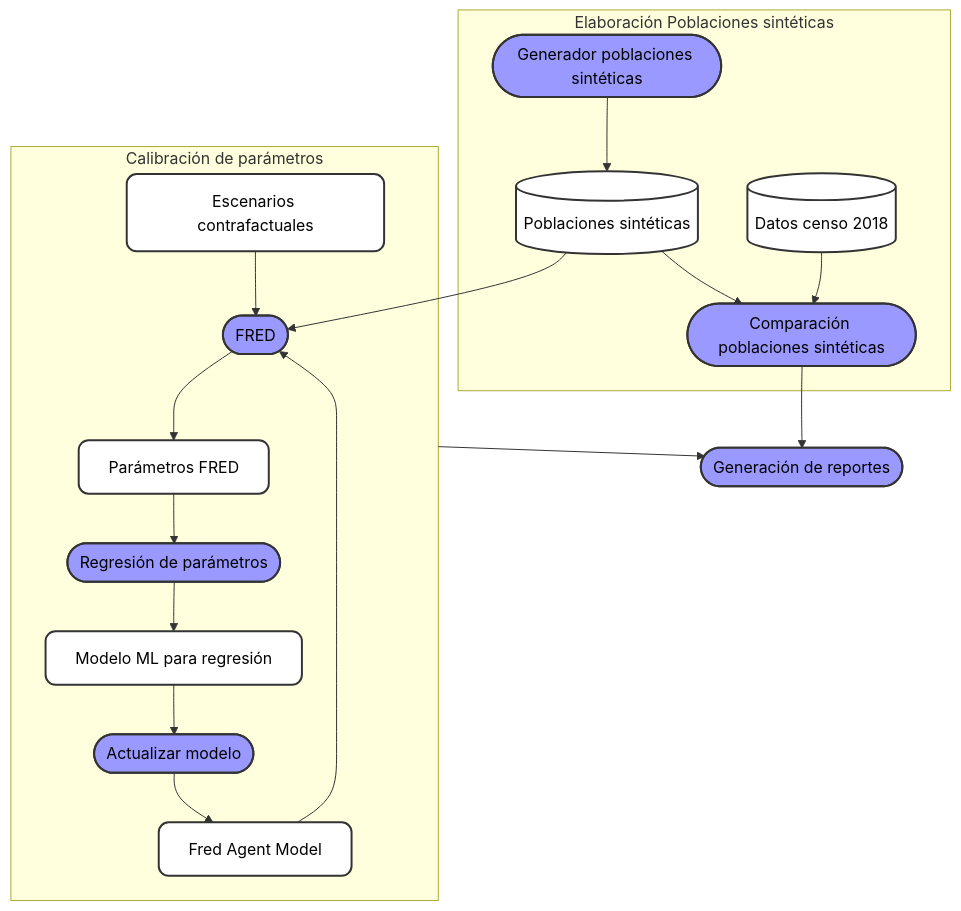
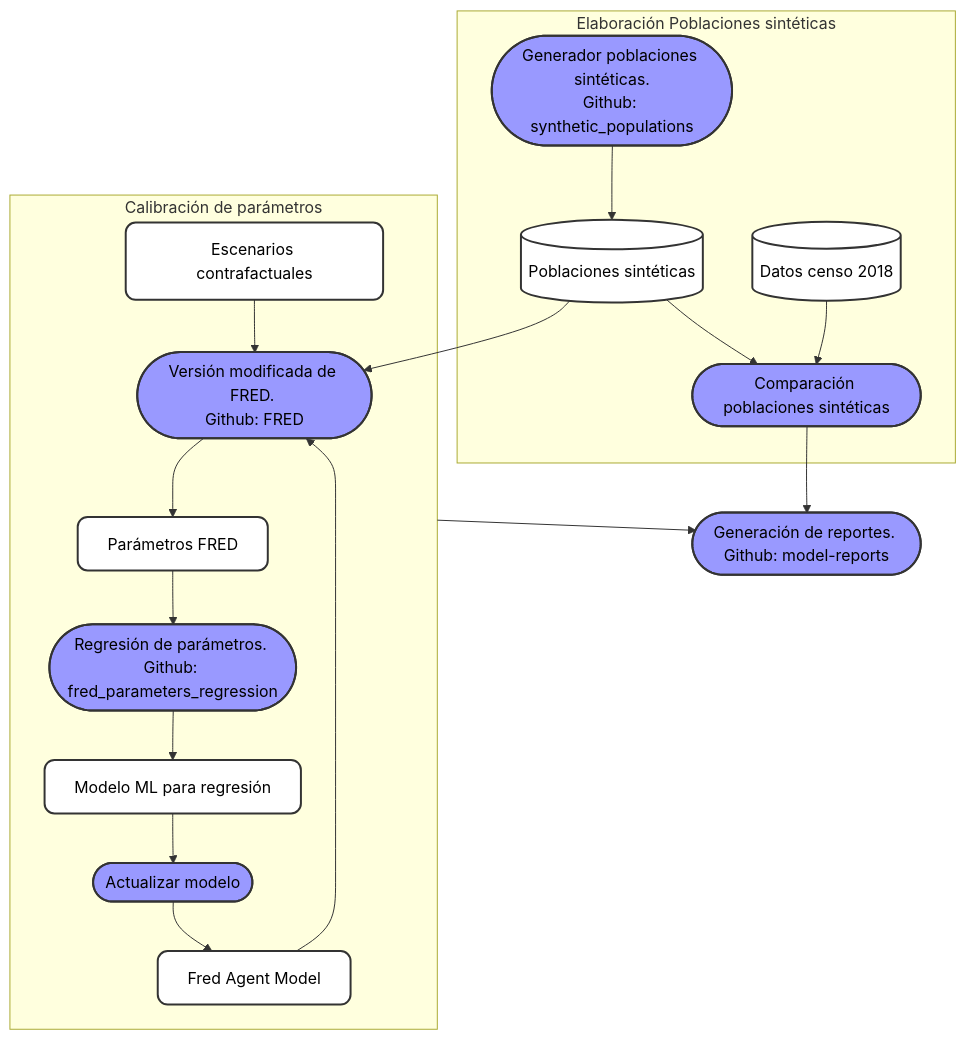
One commit to AGORA-COL/.github changed the diagram in profile/FRED/FlujoDatos.md. Above: the diagram before and after it, drawn with Mermaid. The commit also changed 1 other file, not shown here.

Commit message:
Agregué repositorios faltantes y actualicé enlaces OneDrive

````diff
--- a/profile/FRED/FlujoDatos.md
+++ b/profile/FRED/FlujoDatos.md
@@ -11,45 +11,48 @@
 ```mermaid
 flowchart TB
     subgraph EPS[Elaboración Poblaciones sintéticas]
-        GPS([Generador poblaciones sintéticas])
+        GPS(["`Generador poblaciones sintéticas.
+        Github: synthetic_populations`"])
         PS[(Poblaciones sintéticas)]
         CPS([Comparación poblaciones sintéticas])
         DC[(Datos censo 2018)]
     end 
     PS --> F
     subgraph CP[Calibración de parámetros]
         EC[Escenarios contrafactuales]
         FAM[Fred Agent Model]
-        F([FRED])
+        F(["`Versión modificada de FRED. 
+        Github: FRED`"])
         FP[Parámetros FRED]
-        RP([Regresión de parámetros])
+        RP(["`Regresión de parámetros. Github: fred_parameters_regression`"])
         ML[Modelo ML para regresión]
         AM([Actualizar modelo])
         EC --> F --> FP --> RP --> ML --> AM --> FAM --> F
     end
-    R([Generación de reportes])
+    R(["`Generación de reportes. Github: model-reports`"])
 
     GPS --> PS --> CPS
     DC --> CPS
     CP --> R
     CPS --> R
 
 
     %% Links
+    click DC "https://livejaverianaedu-my.sharepoint.com/personal/jemurillo_javeriana_edu_co/_layouts/15/onedrive.aspx?e=5%3Aa55942a7bb4246b7b87344e4c2d263b8&sharingv2=true&fromShare=true&at=9&CT=1727201099492&OR=OWA%2DNT%2DMail&CID=737d02ea%2Df0eb%2Df341%2Df361%2D9bbdab61b3a7&id=%2Fpersonal%2Fjemurillo%5Fjaveriana%5Fedu%5Fco%2FDocuments%2FJAVERIANA%2FProyecto%20AGORA%2FProyecto%20FRED%20AGORA%2FDatos%20FRED%2FFRED%2Dinputs&FolderCTID=0x012000FE02BE409825504DAFD5FA09F3B44529&view=0"
     click GPS "https://github.com/AGORA-COL/synthetic_populations"
-    click ML "https://github.com/AGORA-COL/fred_parameters_regression"
+    click RP "https://github.com/AGORA-COL/fred_parameters_regression"
     click R "https://github.com/AGORA-COL/model-reports"
     click F "https://github.com/AGORA-COL/FRED"
     click FAM "https://github.com/AGORA-COL/fred_colombia_implementation"
 
     %% Styles
     class F,R,RP,GPS,CPS,AM process;
     class PS,DC repository;
     class EC,ML,FAM,FP model;
 
     classDef model fill:#fff,stroke:#333,stroke-width:2px,color:#000,rx:10,ry:10;
     classDef process fill:#99f,stroke:#333,stroke-width:2px,color:black,rx:30,ry:30;
     classDef repository fill:#fff,stroke:#333,stroke-width:2px,stroke: 5 5,color:#000;
     classDef software fill:orange,stroke:#333,stroke-width:2px,color:#000;
     classDef report fill:#ddd,stroke:#333,stroke-width:2px,color:#000;
 ```
````
